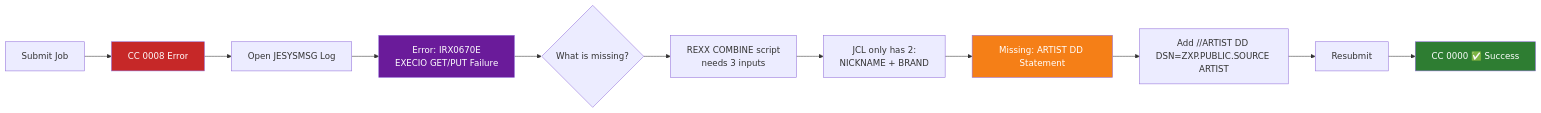
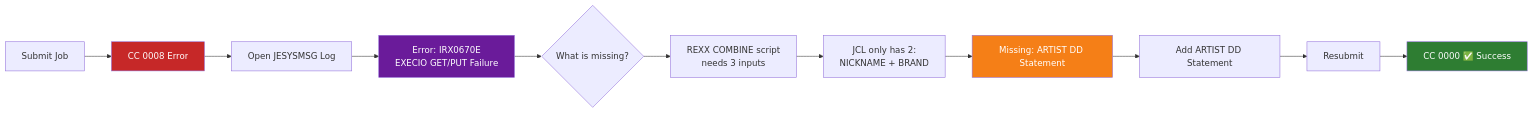
Before and after one commit to AnandSundar/ibm-zos-jcl-debugger: the second of 4 diagrams in README.md, drawn with Mermaid. The commit also changed other lines of this file, not shown here.

````diff
--- a/README.md
+++ b/README.md
@@ -74,21 +76,21 @@
 ```mermaid
 flowchart LR
     A[Submit Job] --> B[CC 0008 Error]
     B --> C[Open JESYSMSG Log]
     C --> D[Error: IRX0670E
 EXECIO GET/PUT Failure]
     D --> E{What is missing?}
     E --> F[REXX COMBINE script
 needs 3 inputs]
     F --> G[JCL only has 2:
 NICKNAME + BRAND]
     G --> H[Missing: ARTIST DD Statement]
-    H --> I[Add //ARTIST DD DSN=ZXP.PUBLIC.SOURCE ARTIST]
+    H --> I[Add ARTIST DD Statement]
     I --> J[Resubmit]
     J --> K[CC 0000 ✅ Success]
 
     style B fill:#c62828,color:#fff
     style K fill:#2e7d32,color:#fff
     style H fill:#f57f17,color:#fff
     style D fill:#6a1b9a,color:#fff
 ```
````
